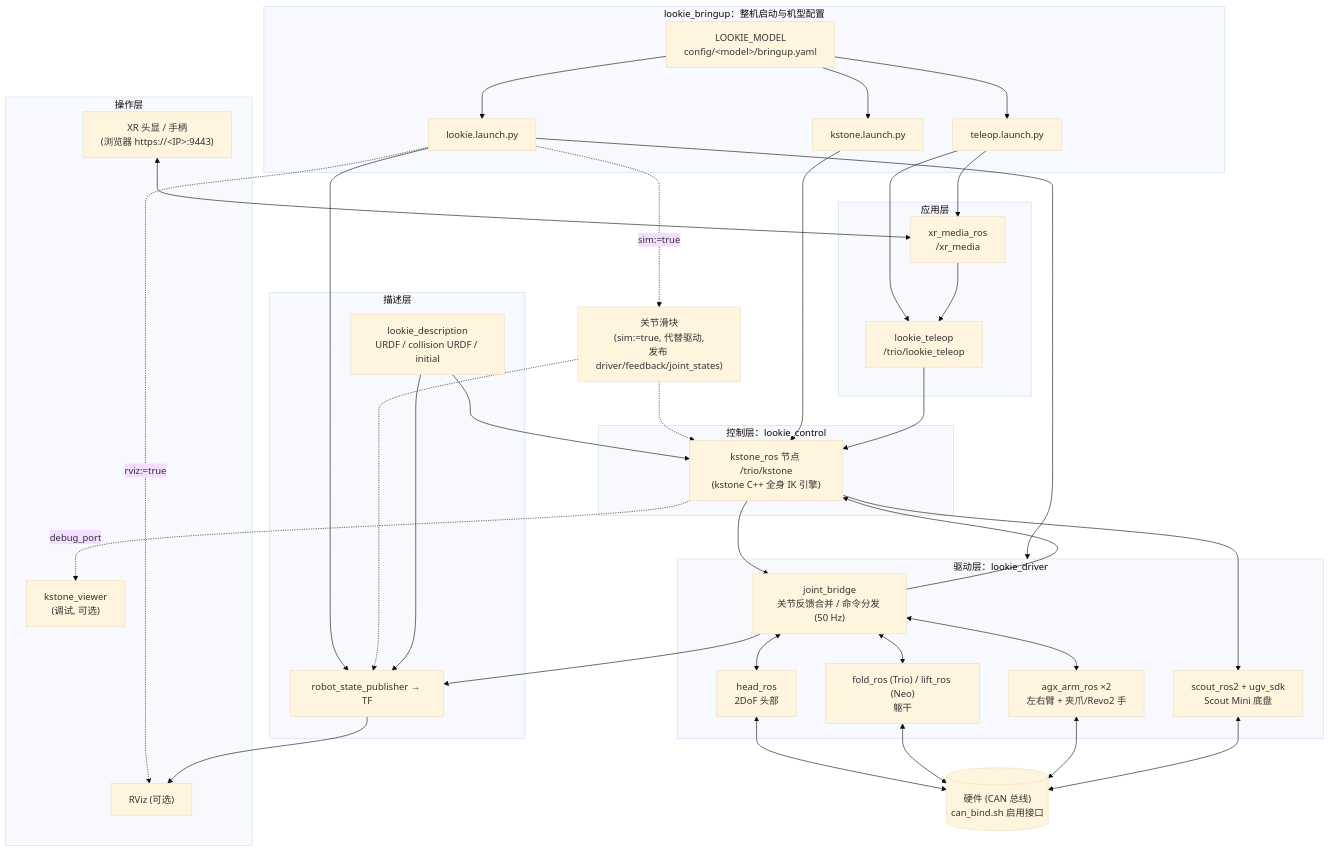
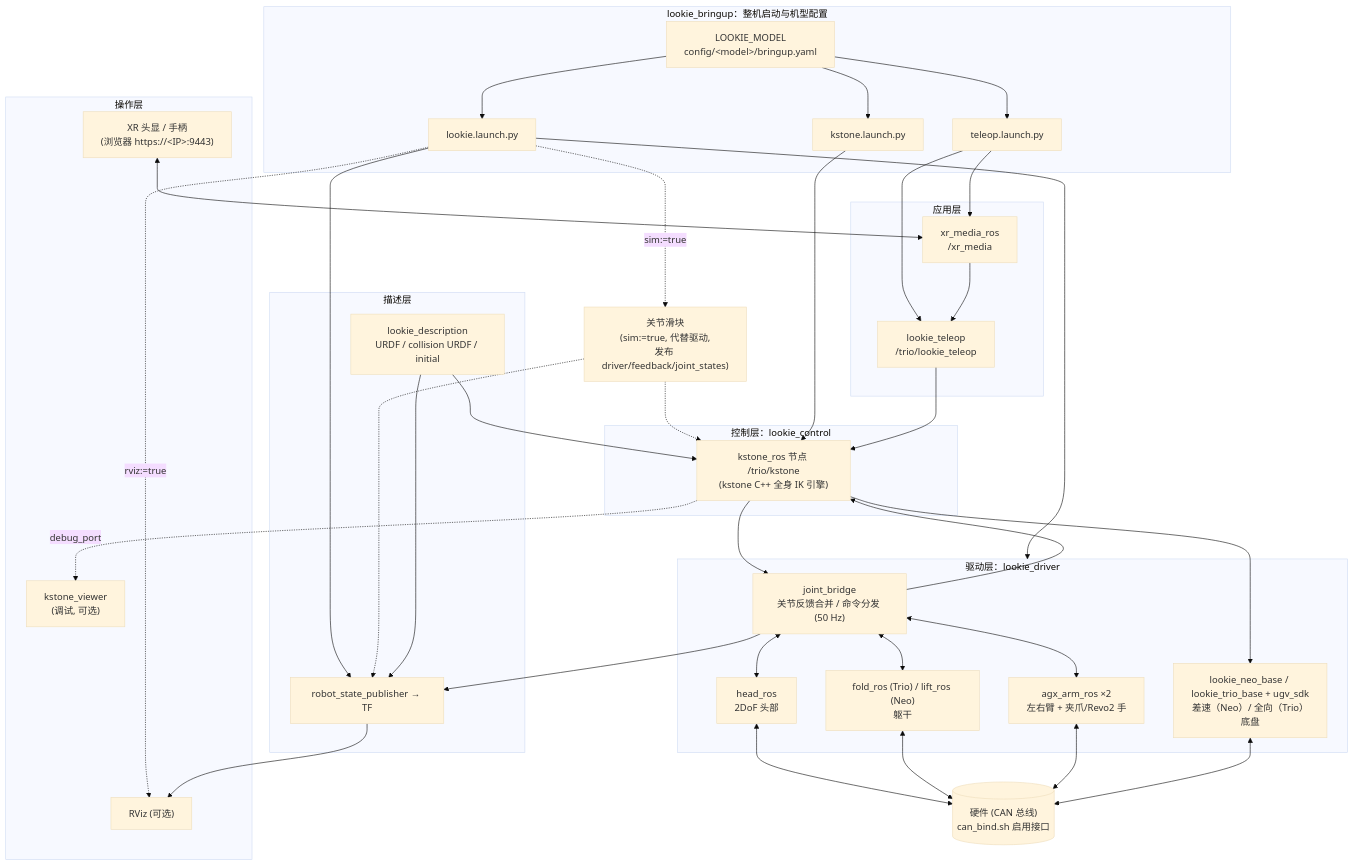
The first of 7 diagrams in docs/architecture.zh-CN.md (AgilexOpensource/lookie_ros), drawn with Mermaid (base theme) before and after one commit. The commit also changed other lines of this file and 20 other files, not shown here.

First line of the commit message:
Drive the chassis with one package per model instead of scout_ros2

````diff
--- a/docs/architecture.zh-CN.md
+++ b/docs/architecture.zh-CN.md
@@ -9,65 +9,65 @@
 ```mermaid
 flowchart TB
     subgraph USER["操作层"]
         HMD["XR 头显 / 手柄<br/>(浏览器 https://&lt;IP&gt;:9443)"]
         VIEWER["kstone_viewer<br/>(调试, 可选)"]
         RVIZ["RViz (可选)"]
     end
 
     subgraph BRINGUP["lookie_bringup：整机启动与机型配置"]
         MODEL["LOOKIE_MODEL<br/>config/&lt;model&gt;/bringup.yaml"]
         L1["lookie.launch.py"]
         L2["kstone.launch.py"]
         L3["teleop.launch.py"]
     end
 
     subgraph APP["应用层"]
         XR["xr_media_ros<br/>/xr_media"]
         TELEOP["lookie_teleop<br/>/trio/lookie_teleop"]
     end
 
     subgraph CTRL["控制层：lookie_control"]
         KSTONE["kstone_ros 节点 /trio/kstone<br/>(kstone C++ 全身 IK 引擎)"]
     end
 
     subgraph DRV["驱动层：lookie_driver"]
         BRIDGE["joint_bridge<br/>关节反馈合并 / 命令分发 (50 Hz)"]
         HEAD["head_ros<br/>2DoF 头部"]
         TORSO["fold_ros (Trio) / lift_ros (Neo)<br/>躯干"]
         ARM["agx_arm_ros ×2<br/>左右臂 + 夹爪/Revo2 手"]
-        CHASSIS["scout_ros2 + ugv_sdk<br/>Scout Mini 底盘"]
+        CHASSIS["lookie_neo_base / lookie_trio_base + ugv_sdk<br/>差速（Neo）/ 全向（Trio）底盘"]
     end
 
     subgraph DESC["描述层"]
         URDF["lookie_description<br/>URDF / collision URDF / initial"]
         RSP["robot_state_publisher → TF"]
     end
 
     SIM["关节滑块<br/>(sim:=true, 代替驱动,<br/>发布 driver/feedback/joint_states)"]
 
     HW[("硬件 (CAN 总线)<br/>can_bind.sh 启用接口")]
 
     MODEL --> L1 & L2 & L3
     L1 --> DRV
     L1 --> RSP
     L1 -.sim:=true.-> SIM
     SIM -.-> KSTONE
     SIM -.-> RSP
     L1 -.rviz:=true.-> RVIZ
     L2 --> KSTONE
     L3 --> XR & TELEOP
 
     HMD <--> XR
     XR --> TELEOP
     TELEOP --> KSTONE
     KSTONE --> BRIDGE
     KSTONE --> CHASSIS
     BRIDGE --> KSTONE
     BRIDGE <--> HEAD & TORSO & ARM
     HEAD & TORSO & ARM & CHASSIS <--> HW
     URDF --> RSP
     URDF --> KSTONE
     BRIDGE --> RSP
     RSP --> RVIZ
     KSTONE -.debug_port.-> VIEWER
 ```
````
